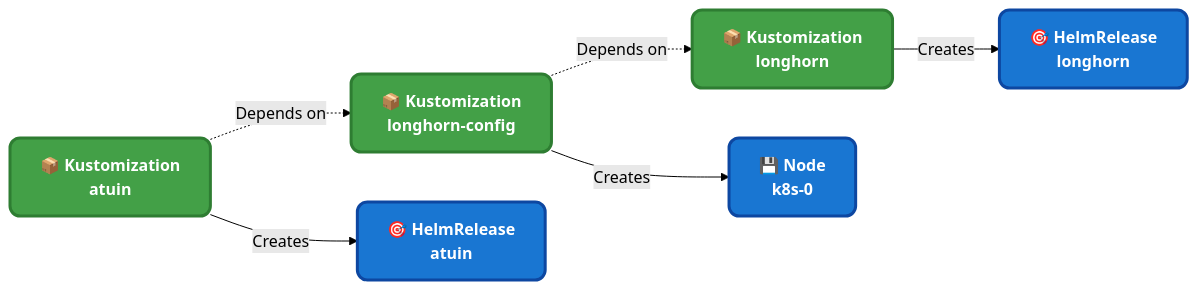
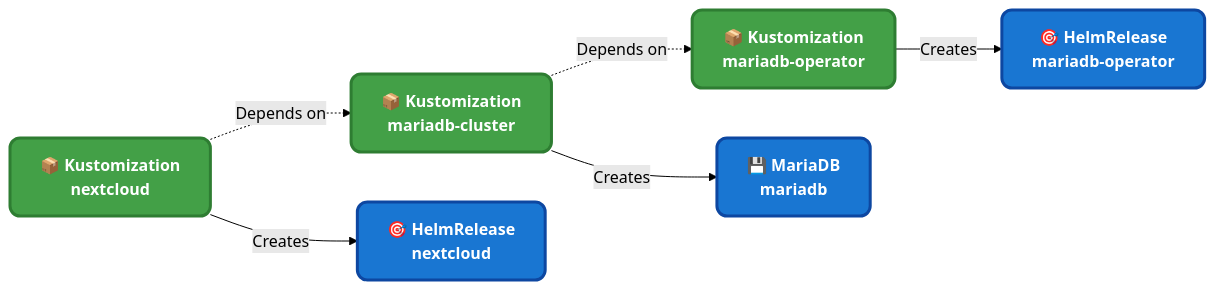
Before and after one commit to MrPondi/home-ops: the diagram in README.md, drawn with Mermaid (forest theme). The commit also changed other lines of this file and 1 other file, not shown here.

Commit message:
docs: sweep stale README example and AGENTS path reference

````diff
--- a/README.md
+++ b/README.md
@@ -71,18 +71,18 @@
 ```mermaid
 graph LR
     classDef kustom fill:#43A047,stroke:#2E7D32,stroke-width:3px,color:#fff,font-weight:bold,rx:10,ry:10
     classDef helm fill:#1976D2,stroke:#0D47A1,stroke-width:3px,color:#fff,font-weight:bold,rx:10,ry:10
 
-    A["📦 Kustomization<br/>longhorn"]:::kustom
-    B["📦 Kustomization<br/>longhorn-config"]:::kustom
-    C["🎯 HelmRelease<br/>longhorn"]:::helm
-    D["💾 Node<br/>k8s-0"]:::helm
-    E["📦 Kustomization<br/>atuin"]:::kustom
-    F["🎯 HelmRelease<br/>atuin"]:::helm
+    A["📦 Kustomization<br/>mariadb-operator"]:::kustom
+    B["📦 Kustomization<br/>mariadb-cluster"]:::kustom
+    C["🎯 HelmRelease<br/>mariadb-operator"]:::helm
+    D["💾 MariaDB<br/>mariadb"]:::helm
+    E["📦 Kustomization<br/>nextcloud"]:::kustom
+    F["🎯 HelmRelease<br/>nextcloud"]:::helm
 
     A -->|Creates| C
     B -->|Creates| D
     B -.->|Depends on| A
     E -->|Creates| F
     E -.->|Depends on| B
 ```
````
